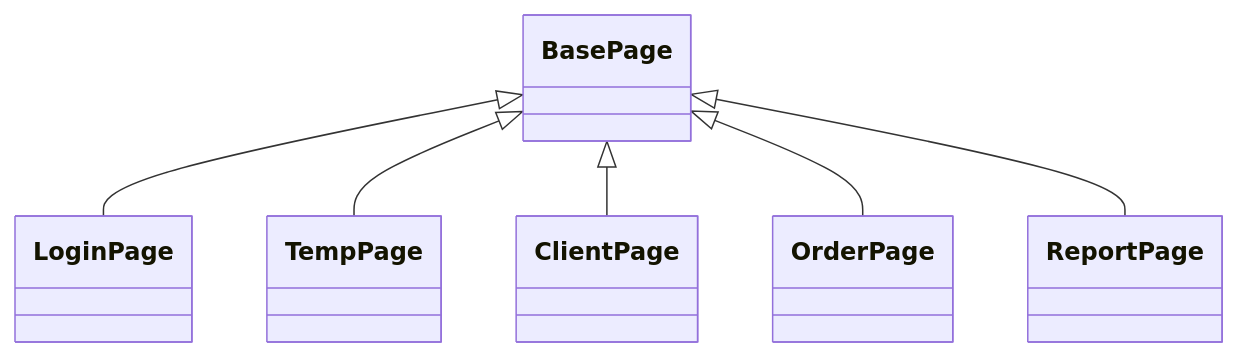
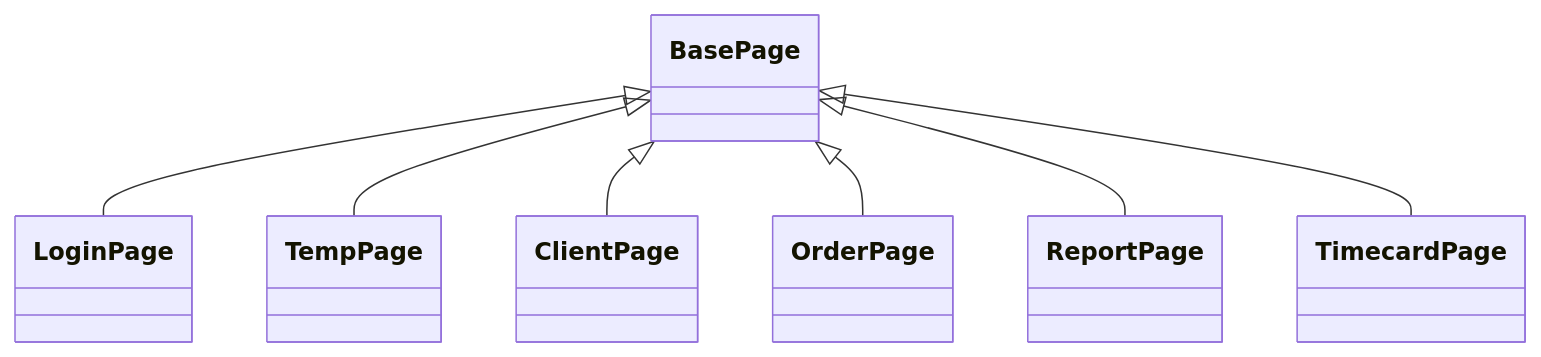
The third of 8 diagrams in .github/instructions/framework-design.instructions.md (therealqualityengineer/playwrightframework), drawn with Mermaid before and after one commit. The commit also changed other lines of this file and 11 other files, not shown here.

````diff
--- a/.github/instructions/framework-design.instructions.md
+++ b/.github/instructions/framework-design.instructions.md
@@ -188,8 +88,9 @@
 ```mermaid
 classDiagram
     BasePage <|-- LoginPage
     BasePage <|-- TempPage
     BasePage <|-- ClientPage
     BasePage <|-- OrderPage
     BasePage <|-- ReportPage
+    BasePage <|-- TimecardPage
 ```
````
